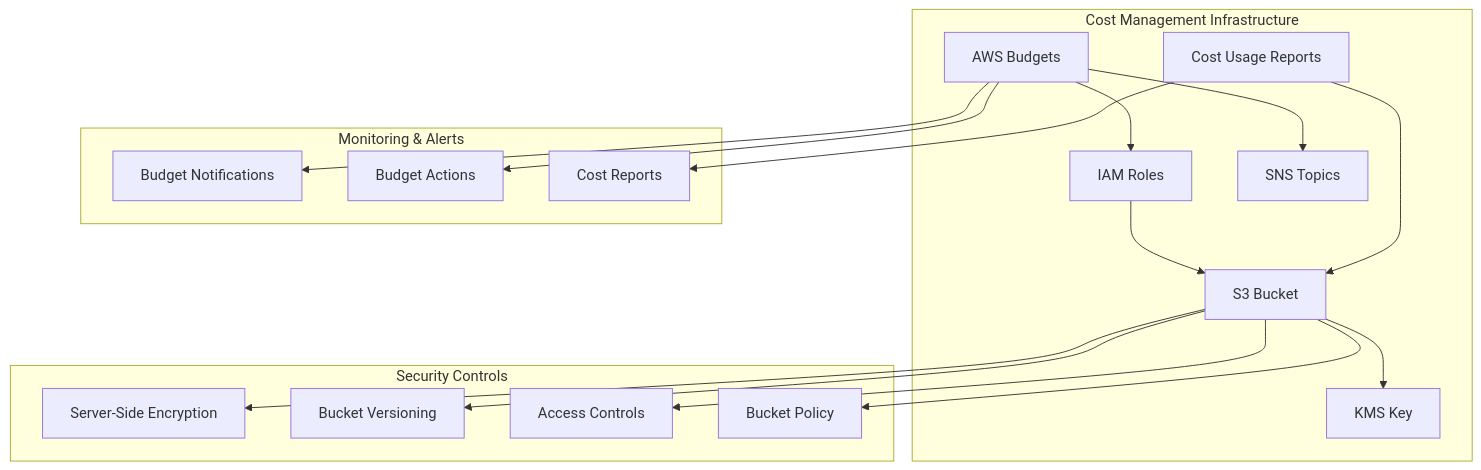
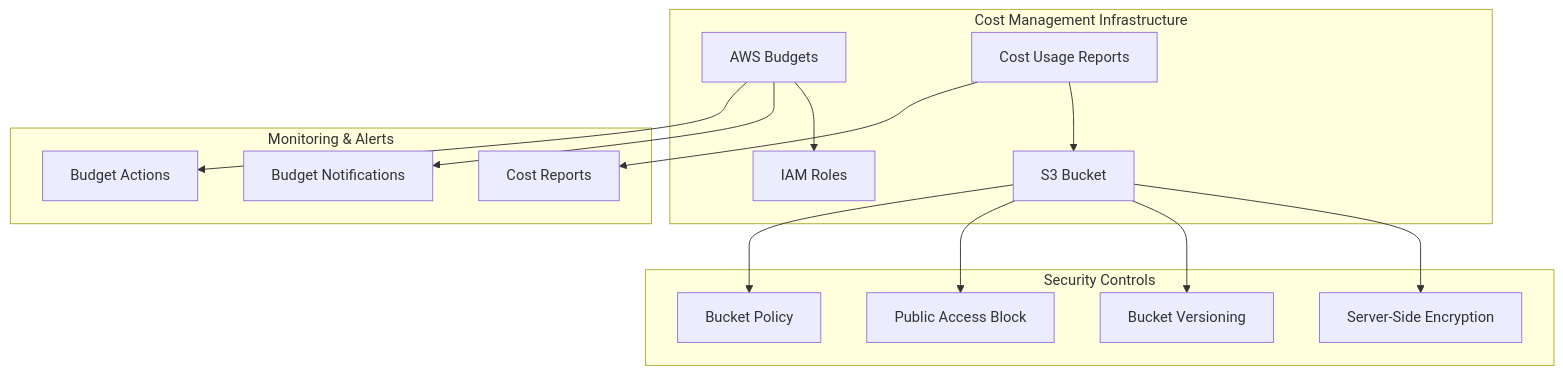
One commit to catherinevee/tfm-aws-cur-budgets changed the diagram in README.md. Above: the diagram before and after it, drawn with Mermaid. The commit also changed other lines of this file and 20 other files, not shown here.

````diff
--- a/README.md
+++ b/README.md
@@ -7,39 +28,34 @@
 ```mermaid
 graph TB
-    subgraph Cost Management Infrastructure
+    subgraph "Cost Management Infrastructure"
         BUDGETS[AWS Budgets]
         CUR[Cost Usage Reports]
         S3[S3 Bucket]
-        KMS[KMS Key]
         IAM[IAM Roles]
-        SNS[SNS Topics]
         
         CUR --> S3
-        S3 --> KMS
         BUDGETS --> IAM
-        IAM --> S3
-        BUDGETS --> SNS
     end
 
-    subgraph Security Controls
+    subgraph "Security Controls"
         ENCRYPTION[Server-Side Encryption]
         VERSIONING[Bucket Versioning]
-        ACCESS[Access Controls]
+        ACCESS[Public Access Block]
         POLICY[Bucket Policy]
         
         S3 --> ENCRYPTION
         S3 --> VERSIONING
         S3 --> ACCESS
         S3 --> POLICY
     end
 
-    subgraph Monitoring & Alerts
+    subgraph "Monitoring & Alerts"
         NOTIFICATIONS[Budget Notifications]
         ACTIONS[Budget Actions]
         REPORTS[Cost Reports]
         
         BUDGETS --> NOTIFICATIONS
         BUDGETS --> ACTIONS
         CUR --> REPORTS
     end
 ```
````
